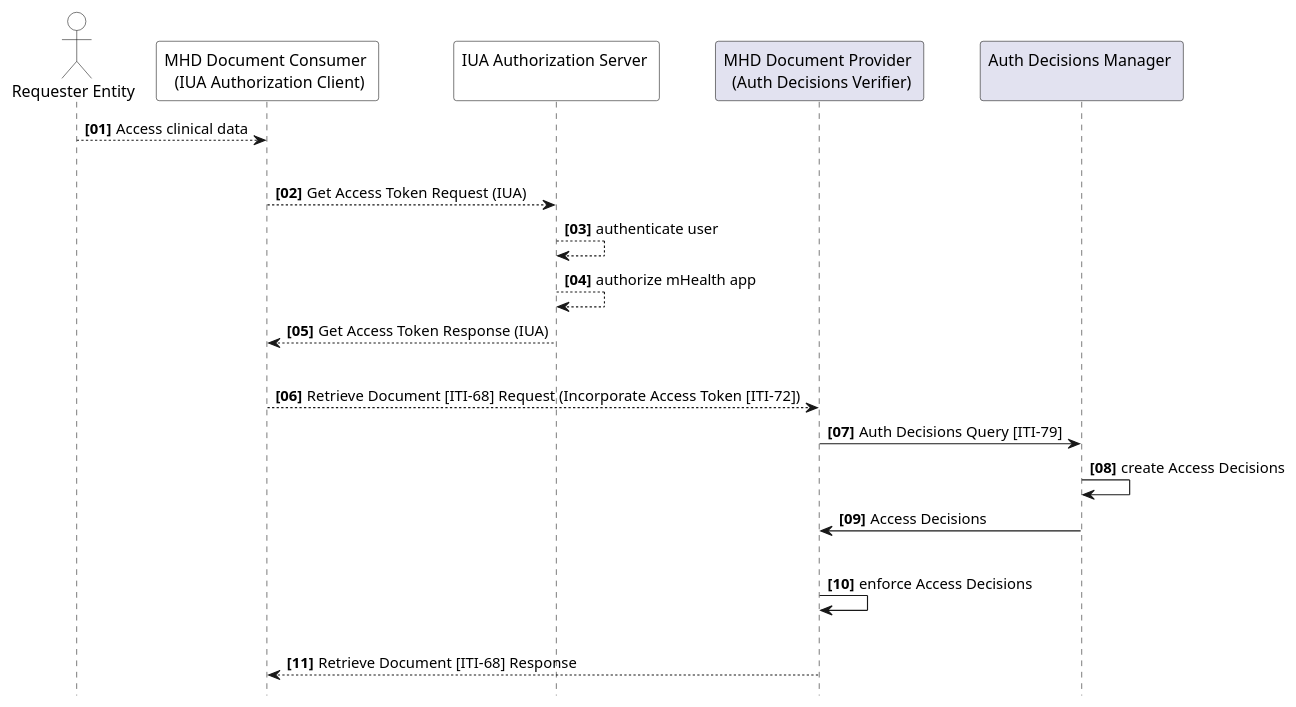
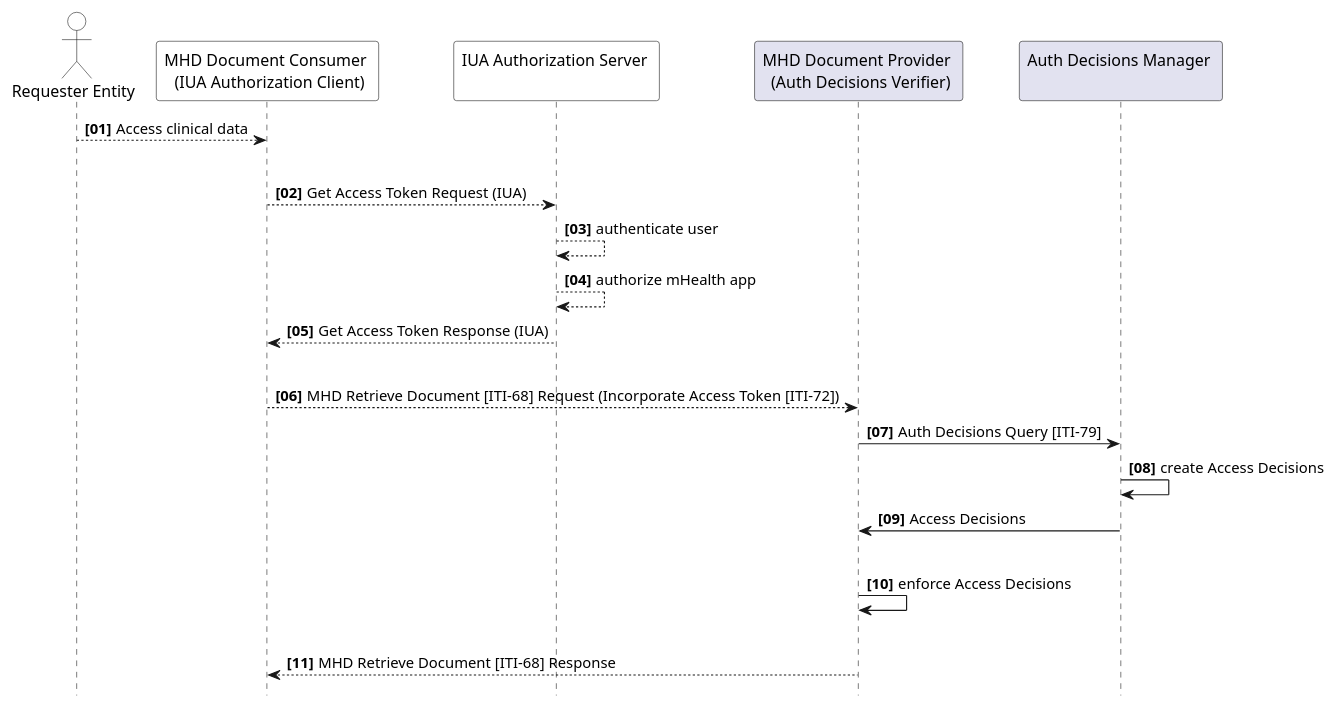
The diagram in assets/plantuml/uc3-flow.plantuml (IHE/ITI.SeR), drawn with PlantUML before and after one commit.

Commit message:
update diagram to avoid confusion with ITI-43 transaction

```diff
--- a/assets/plantuml/uc3-flow.plantuml
+++ b/assets/plantuml/uc3-flow.plantuml
@@ -1,39 +1,39 @@
 @startuml
 skinparam responseMessageBelowArrow true
 hide footbox
 
 actor "Requester Entity" as User #FFFFFF
 participant "MHD Document Consumer \n (IUA Authorization Client)" as RequestingActor #FFFFFF
 participant "IUA Authorization Server \n" as AuthorizationServer #FFFFFF
 participant "MHD Document Provider \n (Auth Decisions Verifier)" as RespondingActor
 
 participant "Auth Decisions Manager \n" as Manager
 
 autonumber 1 1 "<b>[00]"
 
 User --> RequestingActor: Access clinical data
 
 |||
 RequestingActor --> AuthorizationServer: Get Access Token Request (IUA)
 
 AuthorizationServer --> AuthorizationServer: authenticate user
 AuthorizationServer --> AuthorizationServer: authorize mHealth app
 
 AuthorizationServer --> RequestingActor: Get Access Token Response (IUA)
 
 |||
-RequestingActor --> RespondingActor: Retrieve Document [ITI-68] Request (Incorporate Access Token [ITI-72])
+RequestingActor --> RespondingActor: MHD Retrieve Document [ITI-68] Request (Incorporate Access Token [ITI-72])
 
 RespondingActor -> Manager: Auth Decisions Query [ITI-79]
 Manager -> Manager: create Access Decisions
 Manager -> RespondingActor: Access Decisions
 
 |||
 RespondingActor -> RespondingActor: enforce Access Decisions
 |||
 
-RespondingActor --> RequestingActor: Retrieve Document [ITI-68] Response
+RespondingActor --> RequestingActor: MHD Retrieve Document [ITI-68] Response
 
 autonumber stop
 
 @enduml
```
